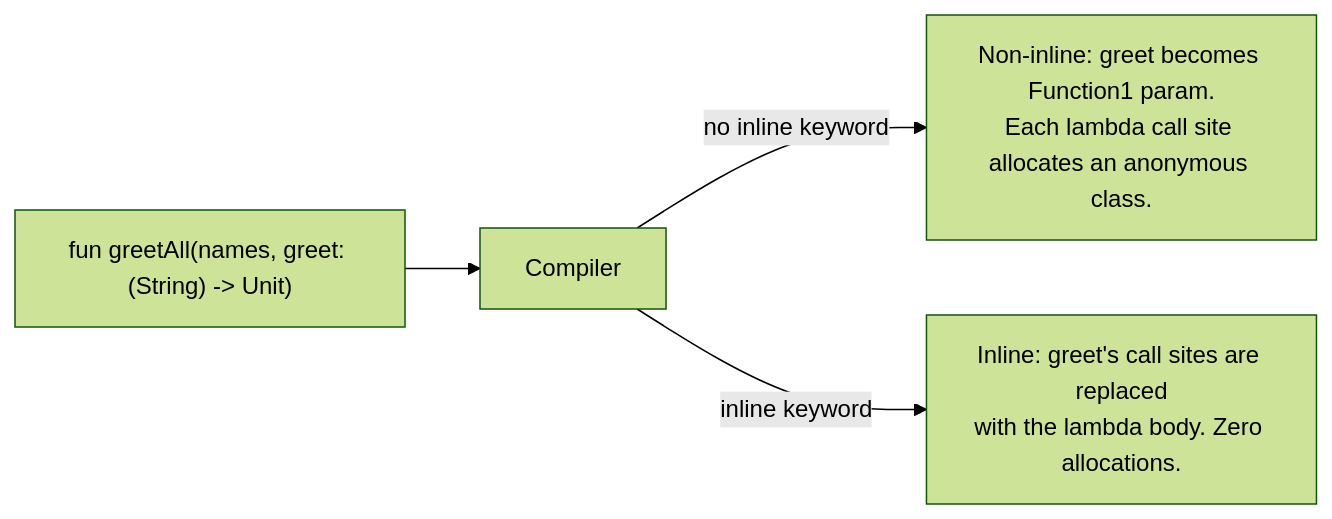
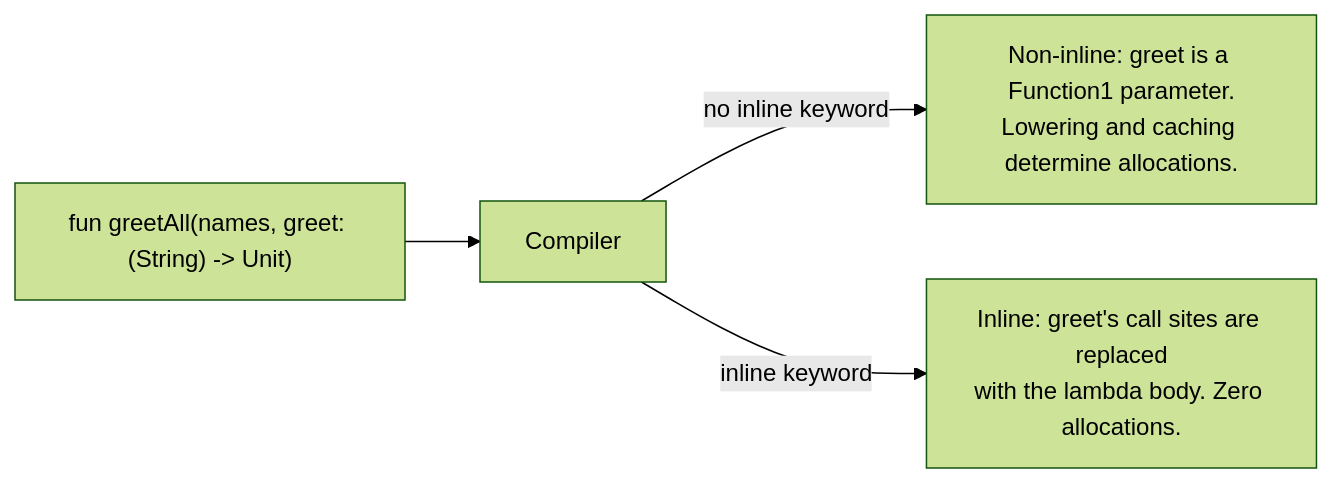
Before and after one commit to swarnsingh/android-staff-engineer-playbook-website: the diagram in kotlin/language-core/functions.md, drawn with Mermaid (forest theme). The commit also changed other lines of this file and 142 other files, not shown here.

````diff
--- a/kotlin/language-core/functions.md
+++ b/kotlin/language-core/functions.md
@@ -314,11 +314,11 @@
 ```mermaid
 flowchart LR
     Source["fun greetAll(names, greet: (String) -> Unit)"]
     Compile["Compiler"]
-    NonInline["Non-inline: greet becomes Function1 param.<br/>Each lambda call site allocates an anonymous class."]
+    NonInline["Non-inline: greet is a Function1 parameter.<br/>Lowering and caching determine allocations."]
     Inline["Inline: greet's call sites are replaced<br/>with the lambda body. Zero allocations."]
 
     Source --> Compile
     Compile -->|"no inline keyword"| NonInline
     Compile -->|"inline keyword"| Inline
 ```
````
